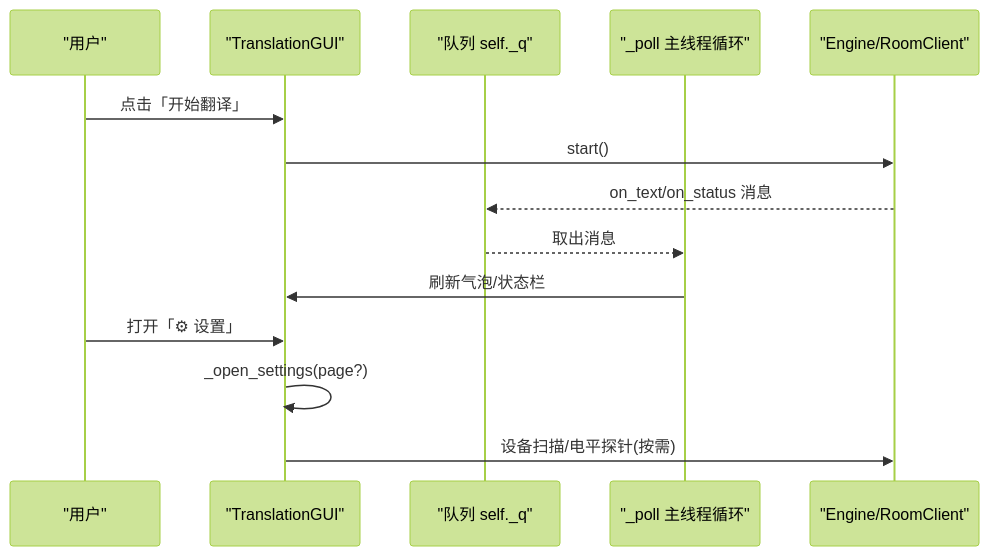
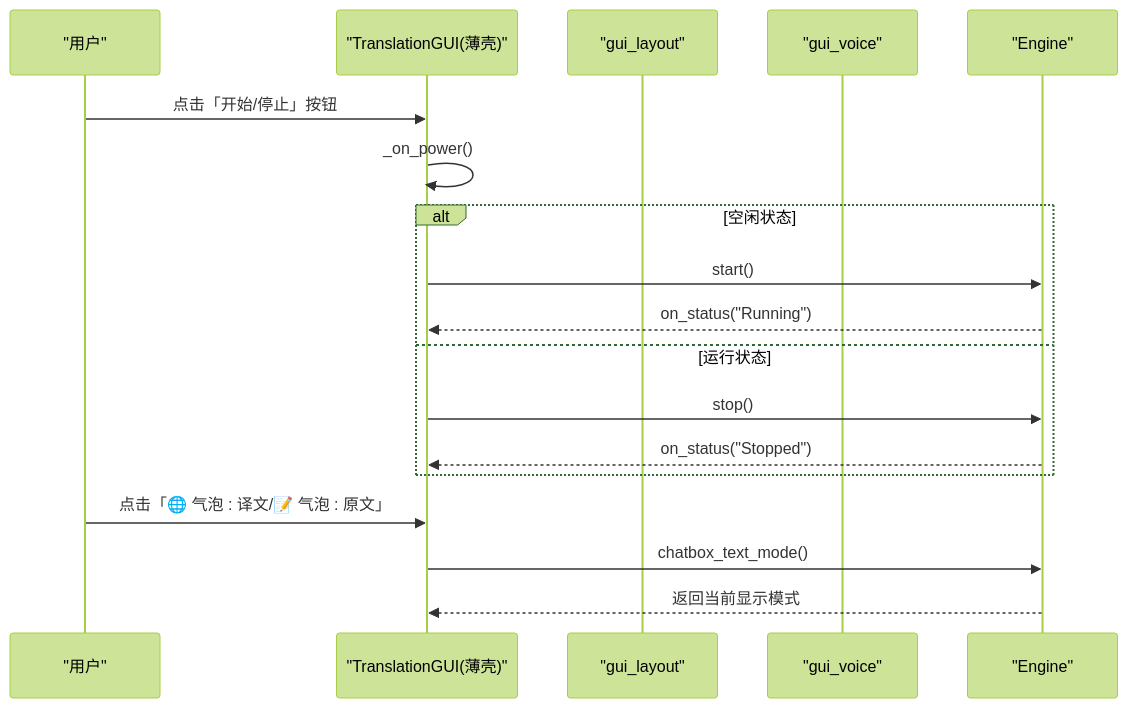
The second of 7 diagrams in .qoder/repowiki/zh/content/图形用户界面/图形用户界面.md (EMeowAGENT/vrchat-livetranslate), drawn with Mermaid (forest theme) before and after one commit. The commit also changed other lines of this file and 75 other files, not shown here.

````diff
--- a/.qoder/repowiki/zh/content/图形用户界面/图形用户界面.md
+++ b/.qoder/repowiki/zh/content/图形用户界面/图形用户界面.md
@@ -103,16 +118,20 @@
 ```mermaid
 sequenceDiagram
 participant User as "用户"
-participant GUI as "TranslationGUI"
-participant Q as "队列 self._q"
-participant Poll as "_poll 主线程循环"
-participant Engine as "Engine/RoomClient"
-User->>GUI : 点击「开始翻译」
+participant GUI as "TranslationGUI(薄壳)"
+participant Layout as "gui_layout"
+participant Voice as "gui_voice"
+participant Engine as "Engine"
+User->>GUI : 点击「开始/停止」按钮
+GUI->>GUI : _on_power()
+alt 空闲状态
 GUI->>Engine : start()
-Engine-->>Q : on_text/on_status 消息
-Q-->>Poll : 取出消息
-Poll->>GUI : 刷新气泡/状态栏
-User->>GUI : 打开「⚙ 设置」
-GUI->>GUI : _open_settings(page?)
-GUI->>Engine : 设备扫描/电平探针(按需)
+Engine-->>GUI : on_status("Running")
+else 运行状态
+GUI->>Engine : stop()
+Engine-->>GUI : on_status("Stopped")
+end
+User->>GUI : 点击「🌐 气泡 : 译文/📝 气泡 : 原文」
+GUI->>Engine : chatbox_text_mode()
+Engine-->>GUI : 返回当前显示模式
 ```
````
